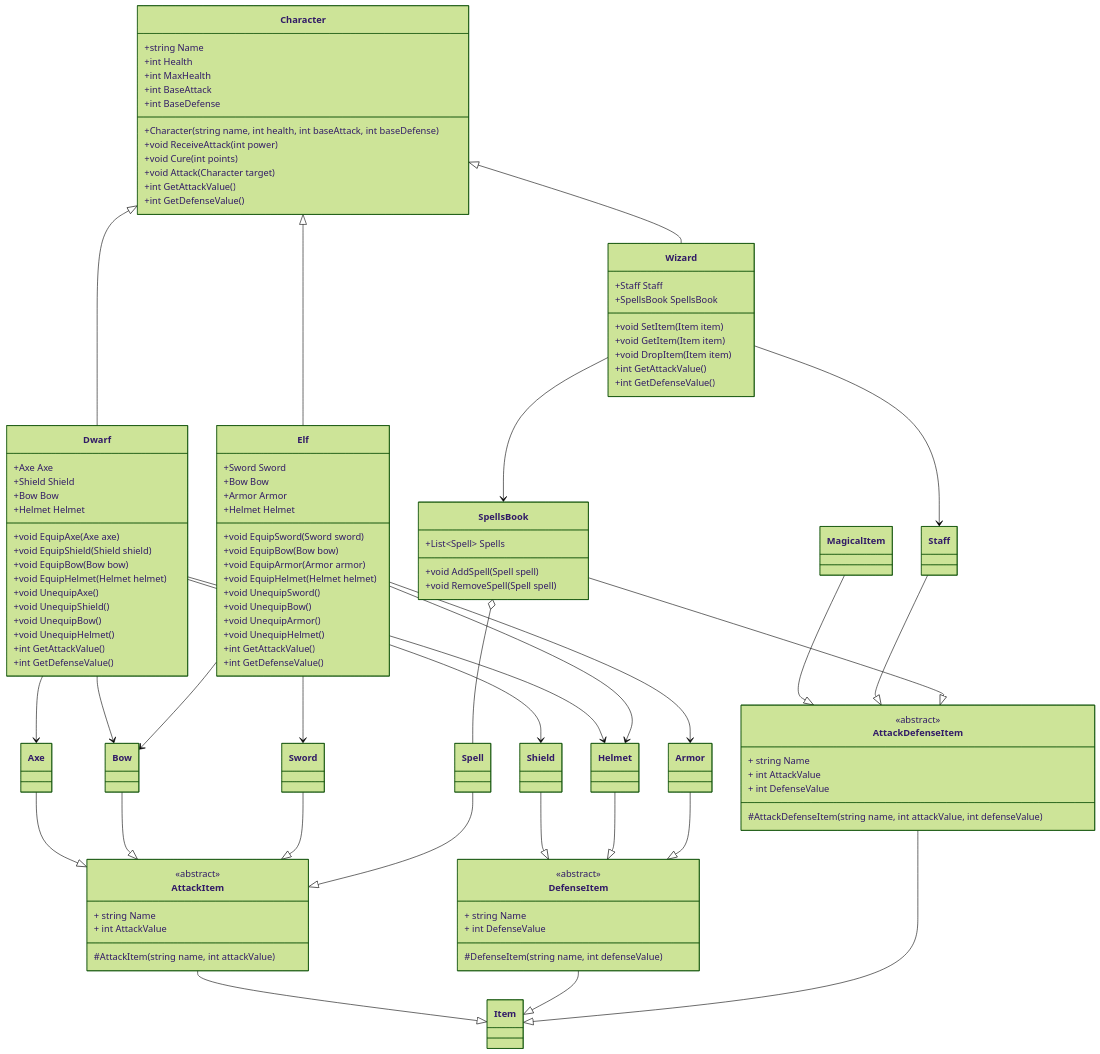
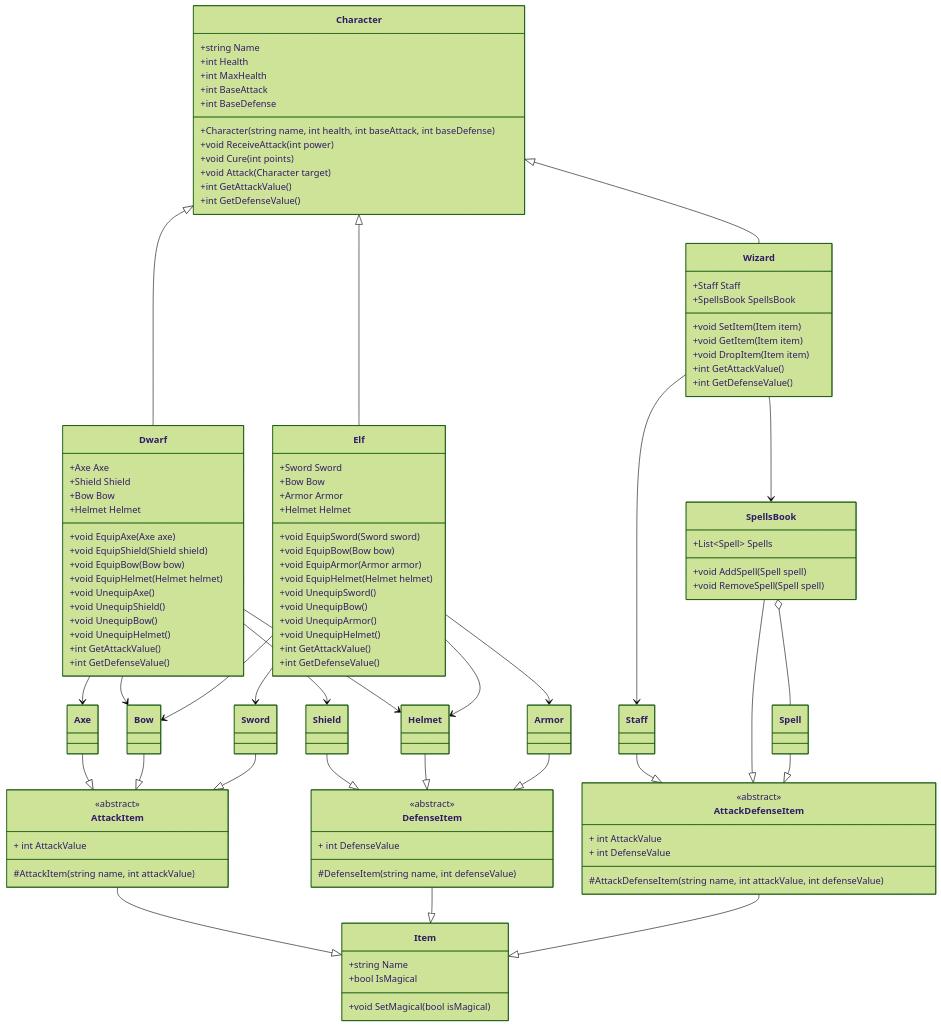
One commit to mmelovar/PII_RoleplayGame_2_Start changed the diagram in DIAGRAM.md. Above: the diagram before and after it, drawn with Mermaid (forest theme).

```diff
--- a/DIAGRAM.md
+++ b/DIAGRAM.md
@@ -15,7 +17,11 @@
         +int GetDefenseValue()
     }
 
-    class Item {}
+    class Item {
+        +string Name
+        +bool IsMagical
+        +void SetMagical(bool isMagical)
+    }
 
     class Dwarf {
         +Axe Axe
@@ -63,27 +69,23 @@
 
     class AttackItem {
         <<abstract>>
-        + string Name
         + int AttackValue
         #AttackItem(string name, int attackValue)
     }
 
     class DefenseItem {
         <<abstract>>
-        + string Name
         + int DefenseValue
         #DefenseItem(string name, int defenseValue)
     }
 
     class AttackDefenseItem {
         <<abstract>>
-        + string Name
         + int AttackValue
         + int DefenseValue
         #AttackDefenseItem(string name, int attackValue, int defenseValue)
     }
 
-    class MagicalItem
     class Axe
     class Shield
     class Bow
@@ -106,8 +108,7 @@
     AttackItem --|> Item
     DefenseItem --|> Item
     AttackDefenseItem --|> Item
-    MagicalItem --|> AttackDefenseItem
-
+    
     Axe --|> AttackItem
     Shield --|> DefenseItem
     Bow --|> AttackItem
@@ -116,7 +117,7 @@
     Armor --|> DefenseItem
     Staff --|> AttackDefenseItem
     SpellsBook --|> AttackDefenseItem
-    Spell --|> AttackItem
+    Spell --|> AttackDefenseItem
 
     Dwarf --> Axe
     Dwarf --> Shield
```
